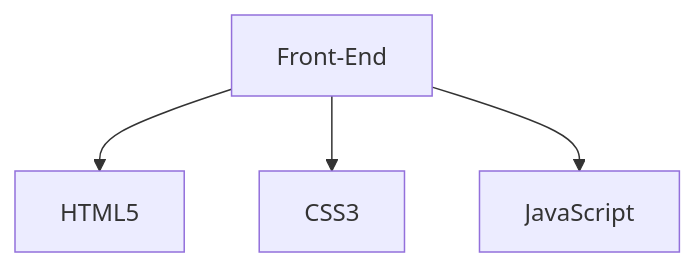
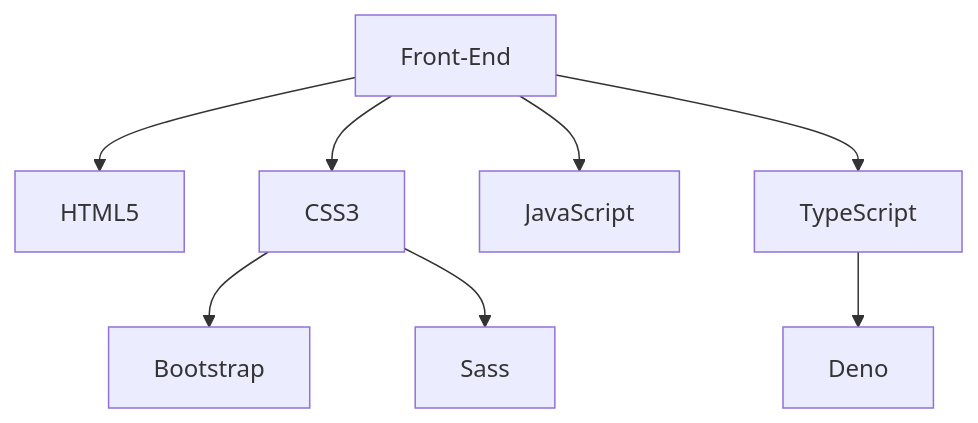
One commit to Victor-A-P/Victor-A-P changed the second of 4 diagrams in README.md. Above: the diagram before and after it, drawn with Mermaid. The commit also changed other lines of this file, not shown here.

````diff
--- a/README.md
+++ b/README.md
@@ -109,8 +123,14 @@
 ```mermaid
 graph TD;
     Front-End-->HTML5;
     Front-End-->CSS3;
     Front-End-->JavaScript;
+    Front-End-->TypeScript;
+
+    CSS3-->Bootstrap;
+    CSS3-->Sass
+
+    TypeScript-->Deno
    
    
 ```
````
